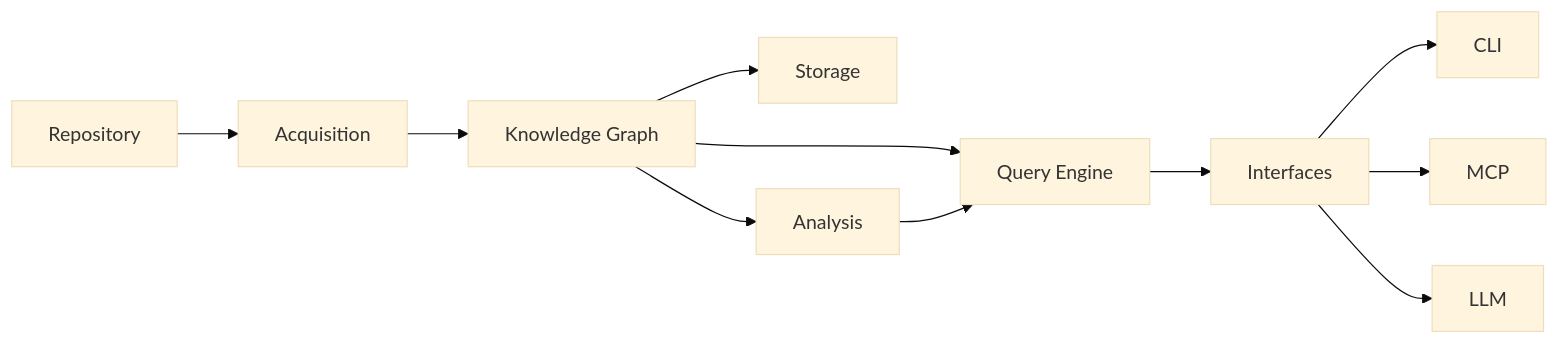
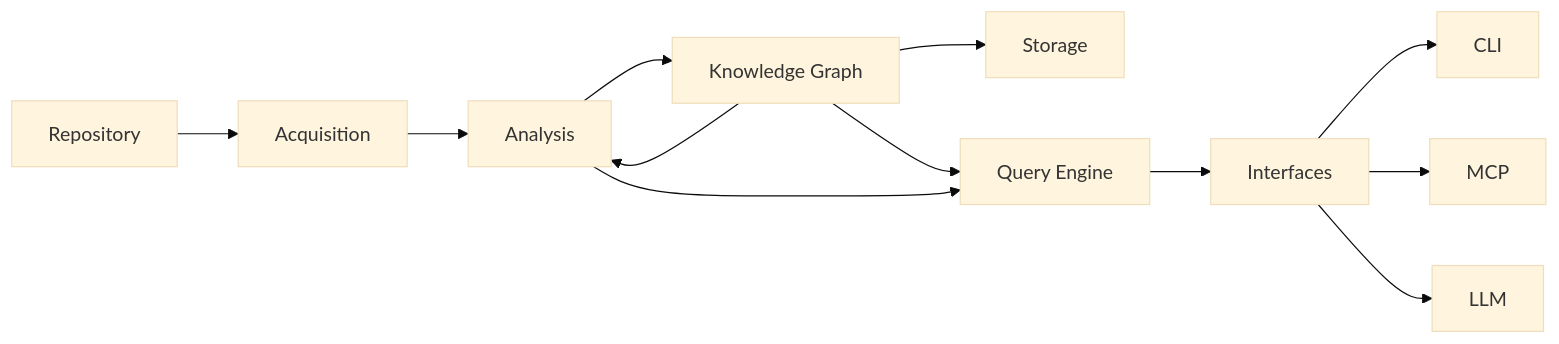
One commit to akash1047/kode changed the diagram in DESIGN.md. Above: the diagram before and after it, drawn with Mermaid (base theme). The commit also changed other lines of this file and 20 other files, not shown here.

````diff
--- a/DESIGN.md
+++ b/DESIGN.md
@@ -87,21 +89,23 @@
 ```mermaid
 flowchart LR
 
     Repository
 
     Repository --> Acquisition
 
-    Acquisition --> KnowledgeGraph["Knowledge Graph"]
+    Acquisition --> Analysis
+
+    Analysis --> KnowledgeGraph["Knowledge Graph"]
 
     KnowledgeGraph --> Storage
     KnowledgeGraph --> Analysis
     KnowledgeGraph --> QueryEngine["Query Engine"]
 
     Analysis --> QueryEngine
 
     QueryEngine --> Interfaces
 
     Interfaces --> CLI
     Interfaces --> MCP
     Interfaces --> LLM
 ```
````
